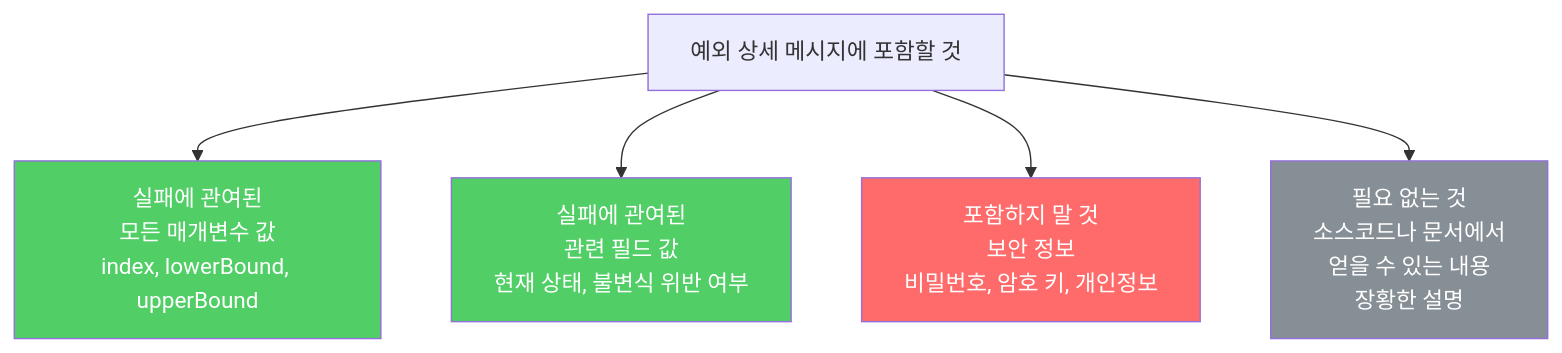
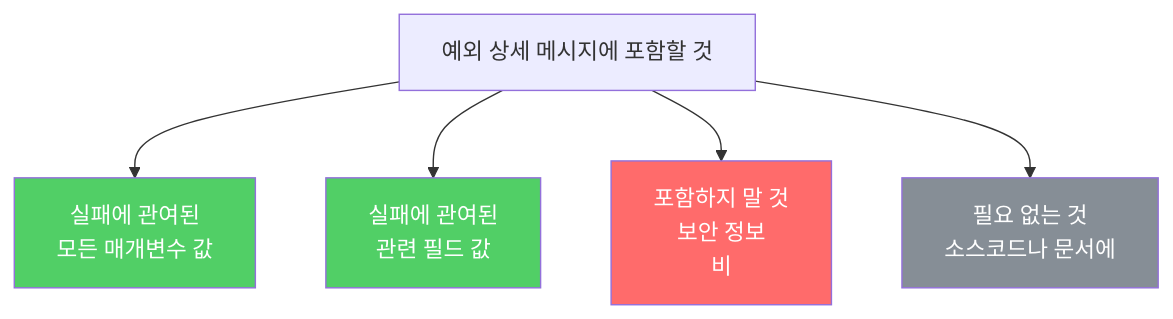
The diagram in _posts/java/2022-02-20-effective-java75.md (yjkim2015/yjkim2015.github.io), drawn with Mermaid before and after one commit. The commit also changed 271 other files, not shown here.

First line of the commit message:
Mermaid 라벨 축소: 긴 노드 텍스트 18자 이하로 트림 + \n 제거

````diff
--- a/_posts/java/2022-02-20-effective-java75.md
+++ b/_posts/java/2022-02-20-effective-java75.md
@@ -73,11 +73,11 @@
 ```mermaid
 graph TD
-    A["예외 상세 메시지에 포함할 것"] --> B["실패에 관여된\n모든 매개변수 값\nindex, lowerBound, upperBound"]
-    A --> C["실패에 관여된\n관련 필드 값\n현재 상태, 불변식 위반 여부"]
-    A --> D["포함하지 말 것\n보안 정보\n비밀번호, 암호 키, 개인정보"]
-    A --> E["필요 없는 것\n소스코드나 문서에서\n얻을 수 있는 내용\n장황한 설명"]
+    A["예외 상세 메시지에 포함할 것"] --> B["실패에 관여된\n모든 매개변수 값"]
+    A --> C["실패에 관여된\n관련 필드 값\n"]
+    A --> D["포함하지 말 것\n보안 정보\n비"]
+    A --> E["필요 없는 것\n소스코드나 문서에"]
     style B fill:#51cf66,color:#fff
     style C fill:#51cf66,color:#fff
     style D fill:#ff6b6b,color:#fff
     style E fill:#868e96,color:#fff
 ```
````
